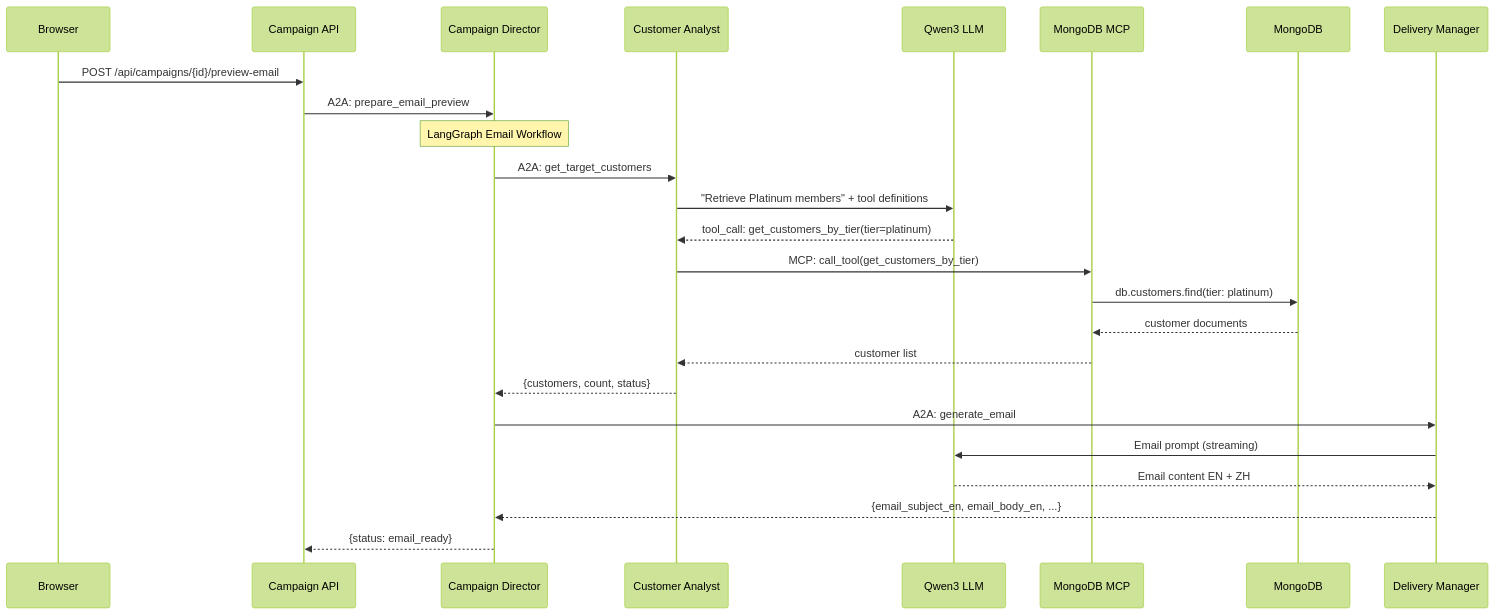
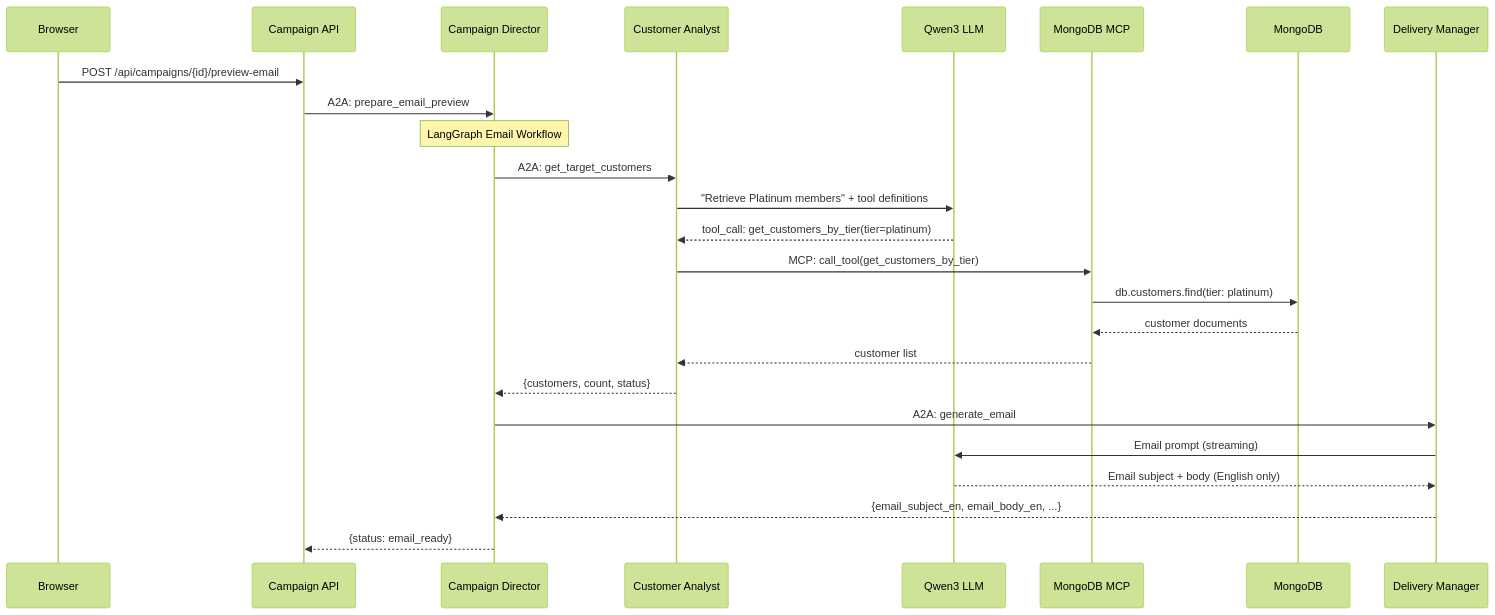
Before and after one commit to gymnatics/Marketing-Assistant-Demo: the fourth of 18 diagrams in ARCHITECTURE.md, drawn with Mermaid (forest theme). The commit also changed other lines of this file, not shown here.

First line of the commit message:
docs: update ARCHITECTURE.md to v5.0

````diff
--- a/ARCHITECTURE.md
+++ b/ARCHITECTURE.md
@@ -195,32 +197,32 @@
 ```mermaid
 sequenceDiagram
     participant B as Browser
     participant API as Campaign API
     participant Dir as Campaign Director
     participant CA as Customer Analyst
     participant LLM as Qwen3 LLM
     participant MCP as MongoDB MCP
     participant DB as MongoDB
     participant DM as Delivery Manager
 
     B->>API: POST /api/campaigns/{id}/preview-email
     API->>Dir: A2A: prepare_email_preview
 
     Note over Dir: LangGraph Email Workflow
 
     Dir->>CA: A2A: get_target_customers
     CA->>LLM: "Retrieve Platinum members" + tool definitions
     LLM-->>CA: tool_call: get_customers_by_tier(tier=platinum)
     CA->>MCP: MCP: call_tool(get_customers_by_tier)
     MCP->>DB: db.customers.find(tier: platinum)
     DB-->>MCP: customer documents
     MCP-->>CA: customer list
     CA-->>Dir: {customers, count, status}
 
     Dir->>DM: A2A: generate_email
     DM->>LLM: Email prompt (streaming)
-    LLM-->>DM: Email content EN + ZH
+    LLM-->>DM: Email subject + body (English only)
     DM-->>Dir: {email_subject_en, email_body_en, ...}
 
     Dir-->>API: {status: email_ready}
 ```
````
